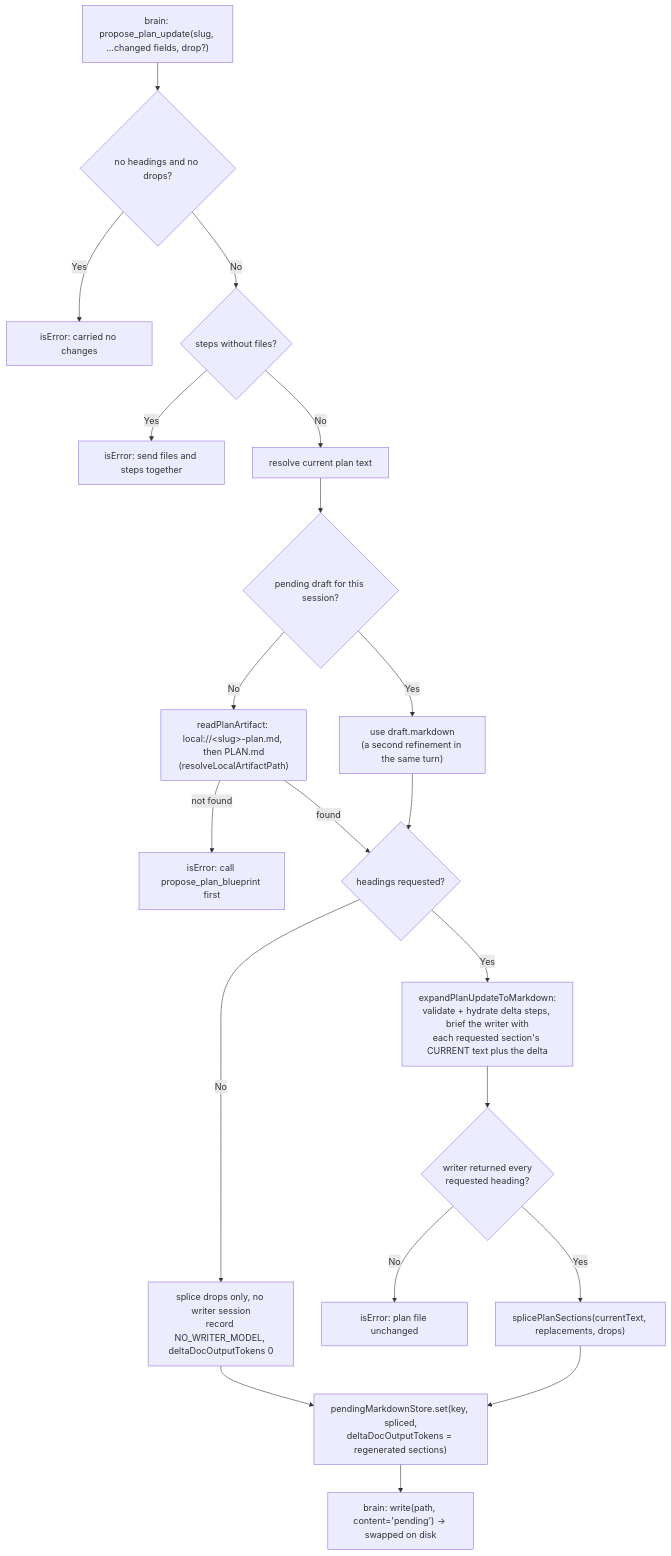
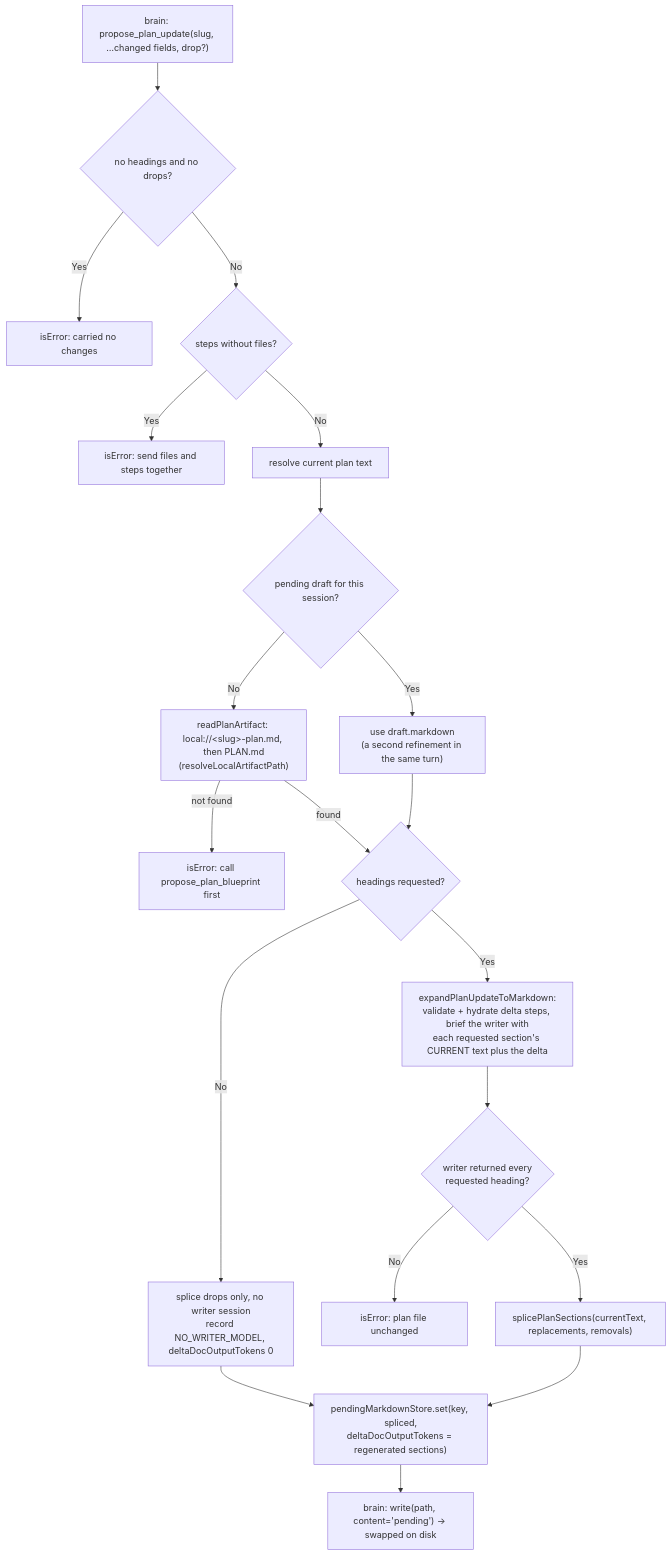
Before and after one commit to mtakaki/omp-scribe: the third of 3 diagrams in ARCHITECTURE.md, drawn with Mermaid. The commit also changed other lines of this file and 13 other files, not shown here.

````diff
--- a/ARCHITECTURE.md
+++ b/ARCHITECTURE.md
@@ -446,41 +449,41 @@
 ```mermaid
 flowchart TD
     A["brain: propose_plan_update(slug, …changed fields, drop?)"]
     B{"no headings and no drops?"}
     E1["isError: carried no changes"]
     C{"steps without files?"}
     E2["isError: send files and steps together"]
     D["resolve current plan text"]
     D1{"pending draft for this session?"}
     D2["use draft.markdown<br/>(a second refinement in the same turn)"]
     D3["readPlanArtifact: local://&lt;slug&gt;-plan.md, then PLAN.md<br/>(resolveLocalArtifactPath)"]
     E3["isError: call propose_plan_blueprint first"]
     F{"headings requested?"}
     G["splice drops only, no writer session<br/>record NO_WRITER_MODEL, deltaDocOutputTokens 0"]
     H["expandPlanUpdateToMarkdown:<br/>validate + hydrate delta steps, brief the writer with<br/>each requested section's CURRENT text plus the delta"]
     I{"writer returned every<br/>requested heading?"}
     E4["isError: plan file unchanged"]
-    J["splicePlanSections(currentText, replacements, drops)"]
+    J["splicePlanSections(currentText, replacements, removals)"]
     K["pendingMarkdownStore.set(key, spliced,<br/>deltaDocOutputTokens = regenerated sections)"]
     L["brain: write(path, content='pending') → swapped on disk"]
 
     A --> B
     B -->|Yes| E1
     B -->|No| C
     C -->|Yes| E2
     C -->|No| D
     D --> D1
     D1 -->|Yes| D2
     D1 -->|No| D3
     D3 -->|not found| E3
     D2 --> F
     D3 -->|found| F
     F -->|No| G
     F -->|Yes| H
     H --> I
     I -->|No| E4
     I -->|Yes| J
     J --> K
     G --> K
     K --> L
 ```
````
